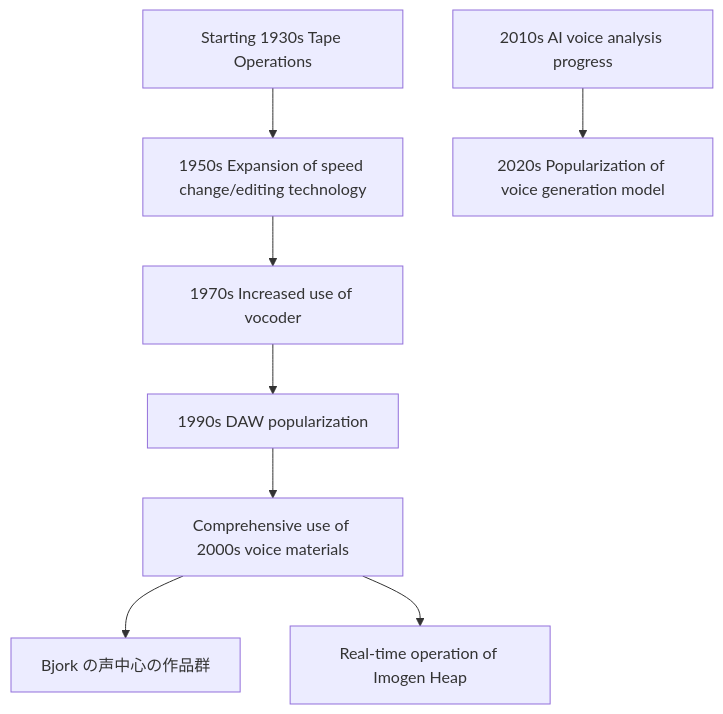
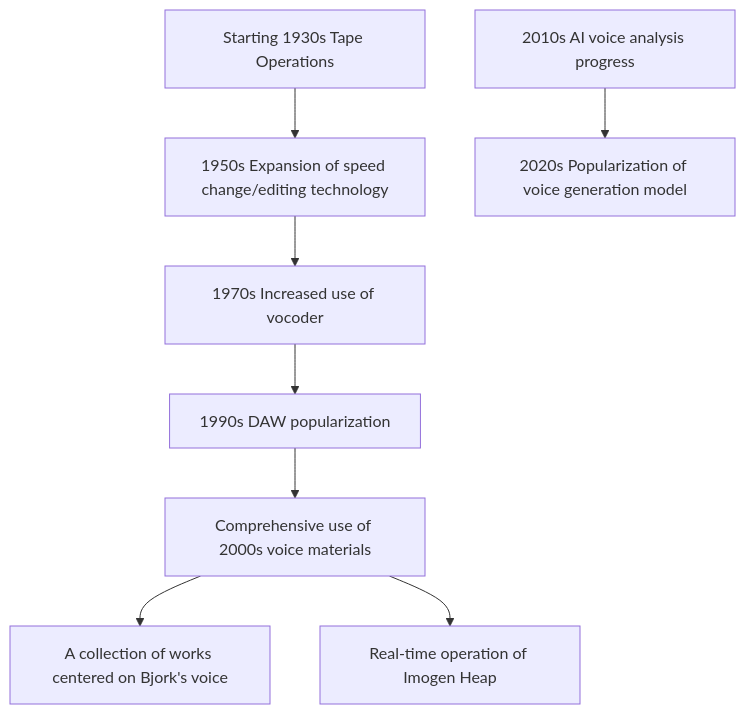
The second of 2 diagrams in en/_posts/2025-12-10-column-experimental-vocal-voice-manipulation.md (monumental-movement/monumental-movement.github.io), drawn with Mermaid before and after one commit. The commit also changed other lines of this file and 851 other files, not shown here.

```diff
--- a/en/_posts/2025-12-10-column-experimental-vocal-voice-manipulation.md
+++ b/en/_posts/2025-12-10-column-experimental-vocal-voice-manipulation.md
@@ -177,10 +177,10 @@
 <div class="mermaid">
 flowchart TD
     A["Starting 1930s Tape Operations"] --> B["1950s Expansion of speed change/editing technology"]
     B --> C["1970s Increased use of vocoder"]
     C --> D["1990s DAW popularization"]
     D --> E["Comprehensive use of 2000s voice materials"]
-    E --> F["Bjork の声中心の作品群"]
+    E --> F["A collection of works centered on Bjork's voice"]
     E --> G["Real-time operation of Imogen Heap"]
     H["2010s AI voice analysis progress"] --> I["2020s Popularization of voice generation model"]
 </div>
```
